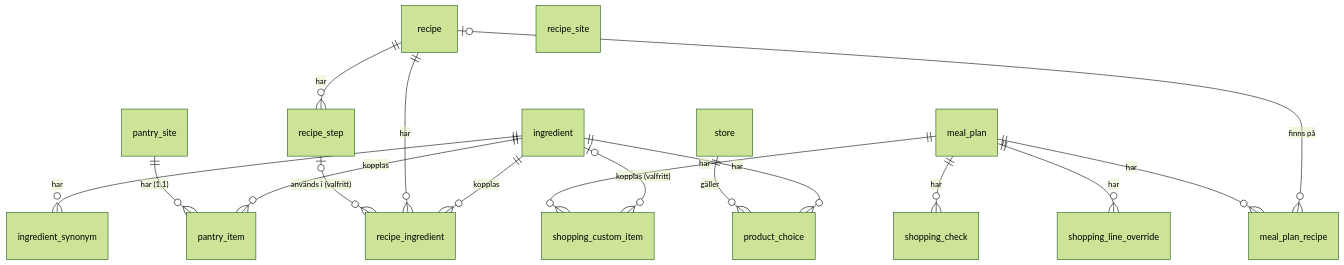
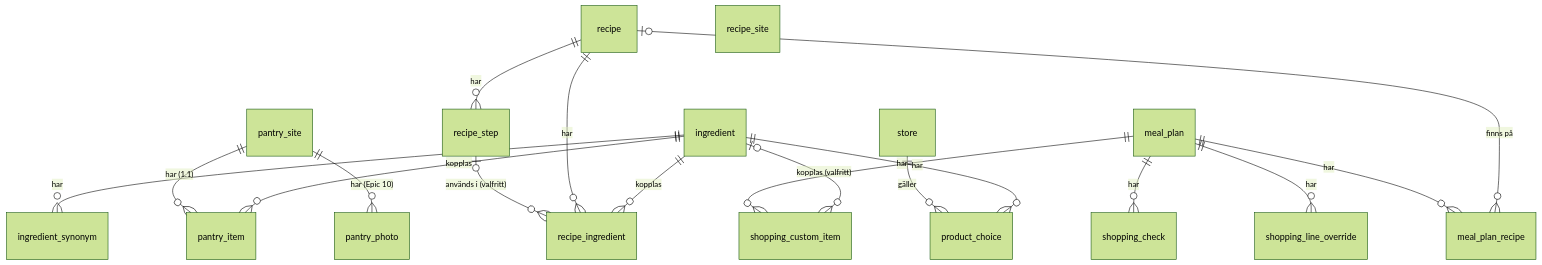
One commit to Snowstar66/matkoll changed the second of 3 diagrams in _bmad-output/planning-artifacts/architecture/architecture-Matkoll-2026-10-25/ARCHITECTURE-SPINE.md. Above: the diagram before and after it, drawn with Mermaid (forest theme). The commit also changed other lines of this file and 14 other files, not shown here.

First line of the commit message:
docs: course correction for saving the latest photo per place (Epic 10)

````diff
--- a/_bmad-output/planning-artifacts/architecture/architecture-Matkoll-2026-10-25/ARCHITECTURE-SPINE.md
+++ b/_bmad-output/planning-artifacts/architecture/architecture-Matkoll-2026-10-25/ARCHITECTURE-SPINE.md
@@ -384,19 +443,20 @@
 ```mermaid
 erDiagram
   ingredient ||--o{ ingredient_synonym : "har"
   ingredient ||--o{ recipe_ingredient : "kopplas"
   ingredient ||--o{ pantry_item : "kopplas"
   pantry_site ||--o{ pantry_item : "har (1.1)"
+  pantry_site ||--o{ pantry_photo : "har (Epic 10)"
   ingredient |o--o{ shopping_custom_item : "kopplas (valfritt)"
   ingredient ||--o{ product_choice : "har"
   recipe ||--o{ recipe_step : "har"
   recipe ||--o{ recipe_ingredient : "har"
   recipe_step |o--o{ recipe_ingredient : "används i (valfritt)"
   recipe |o--o{ meal_plan_recipe : "finns på"
   meal_plan ||--o{ meal_plan_recipe : "har"
   meal_plan ||--o{ shopping_check : "har"
   meal_plan ||--o{ shopping_line_override : "har"
   meal_plan ||--o{ shopping_custom_item : "har"
   store ||--o{ product_choice : "gäller"
   recipe_site
 ```
````
